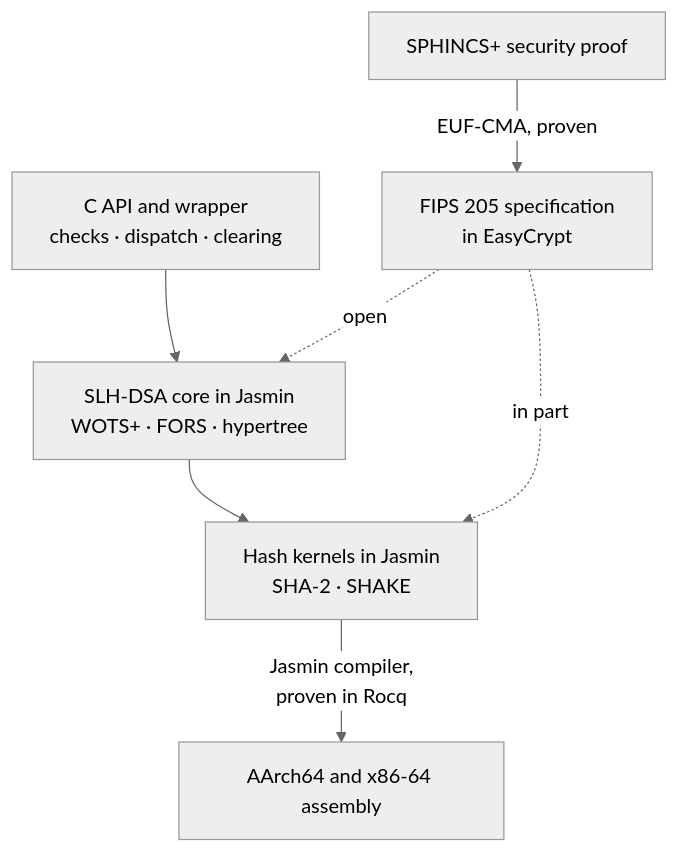
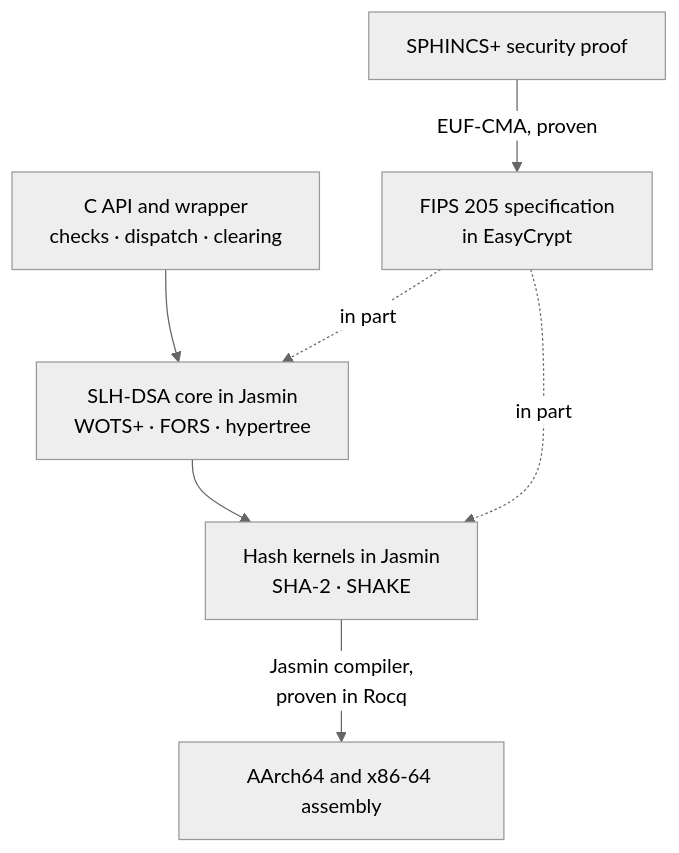
Before and after one commit to nirapod-labs/nirapod-slhdsa: the diagram in README.md, drawn with Mermaid (neutral theme). The commit also changed other lines of this file and 5 other files, not shown here.

````diff
--- a/README.md
+++ b/README.md
@@ -79,14 +79,14 @@
 ```mermaid
 flowchart TB
   api["C API and wrapper<br/>checks · dispatch · clearing"]
   core["SLH-DSA core in Jasmin<br/>WOTS+ · FORS · hypertree"]
   hash["Hash kernels in Jasmin<br/>SHA-2 · SHAKE"]
   asm["AArch64 and x86-64 assembly"]
   sec["SPHINCS+ security proof"]
   spec["FIPS 205 specification<br/>in EasyCrypt"]
   api --> core --> hash
   hash -- "Jasmin compiler,<br/>proven in Rocq" --> asm
   sec -- "EUF-CMA, proven" --> spec
-  spec -. "open" .-> core
+  spec -. "in part" .-> core
   spec -. "in part" .-> hash
 ```
````
